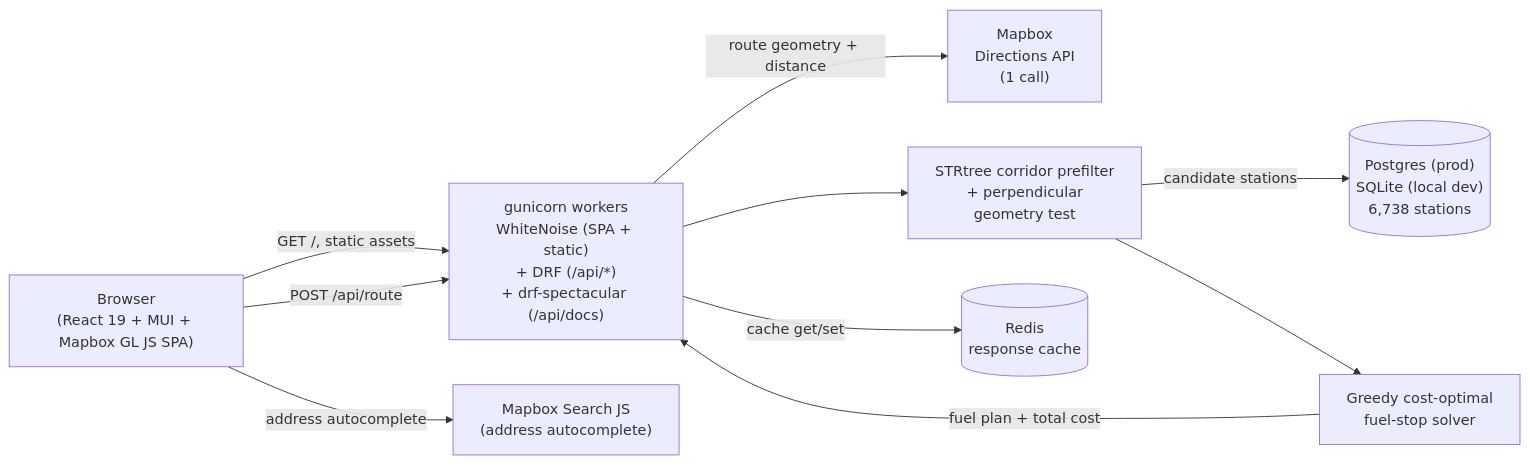
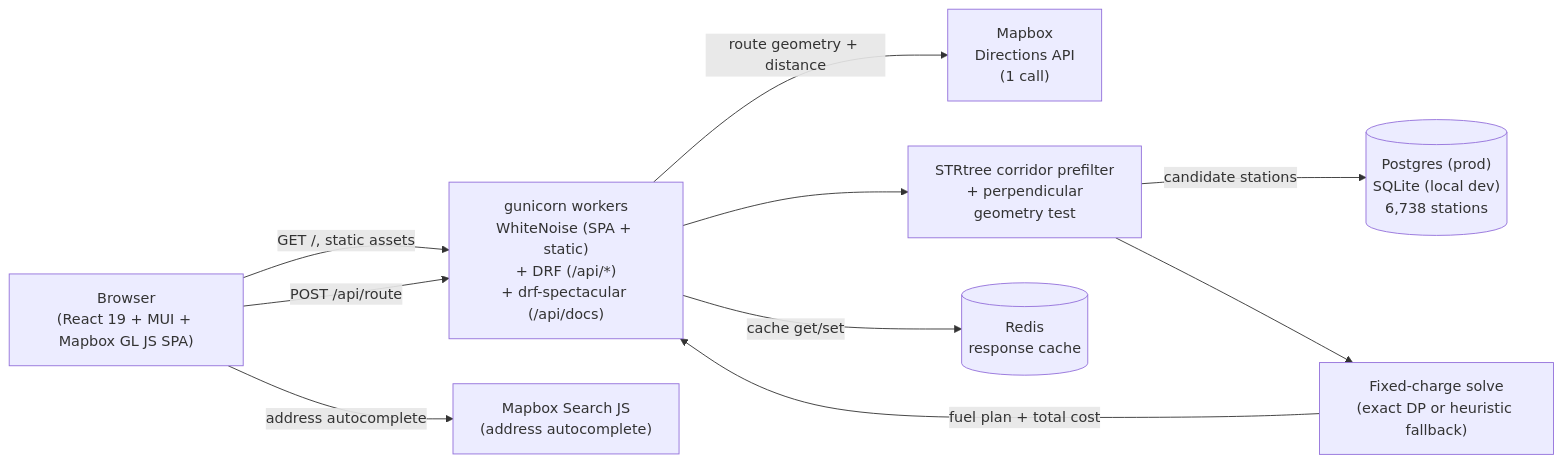
The first of 2 diagrams in README.md (jadrianports/tankwise), drawn with Mermaid before and after one commit. The commit also changed other lines of this file, not shown here.

First line of the commit message:
Correct the README's solver description for the current design

````diff
--- a/README.md
+++ b/README.md
@@ -76,21 +76,21 @@
 ```mermaid
 flowchart LR
     Browser["Browser<br/>(React 19 + MUI + Mapbox GL JS SPA)"]
     Gunicorn["gunicorn workers<br/>WhiteNoise (SPA + static)<br/>+ DRF (/api/*)<br/>+ drf-spectacular (/api/docs)"]
     Search["Mapbox Search JS<br/>(address autocomplete)"]
     Directions["Mapbox<br/>Directions API<br/>(1 call)"]
     Corridor["STRtree corridor prefilter<br/>+ perpendicular<br/>geometry test"]
-    Solver["Greedy cost-optimal<br/>fuel-stop solver"]
+    Solver["Fixed-charge solve<br/>(exact DP or heuristic fallback)"]
     Cache[("Redis<br/>response cache")]
     DB[("Postgres (prod)<br/>SQLite (local dev)<br/>6,738 stations")]
 
     Browser -- "address autocomplete" --> Search
     Browser -- "GET /, static assets" --> Gunicorn
     Browser -- "POST /api/route" --> Gunicorn
     Gunicorn -- "cache get/set" --> Cache
     Gunicorn -- "route geometry + distance" --> Directions
     Gunicorn --> Corridor
     Corridor -- "candidate stations" --> DB
     Corridor --> Solver
     Solver -- "fuel plan + total cost" --> Gunicorn
 ```
````
